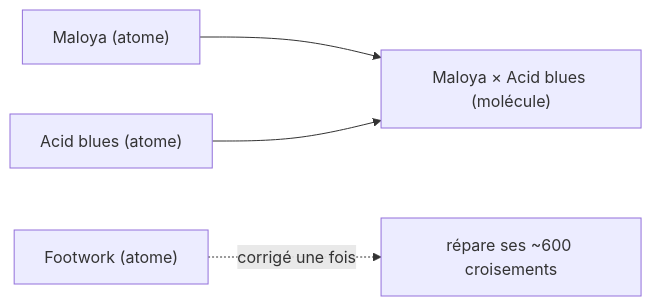
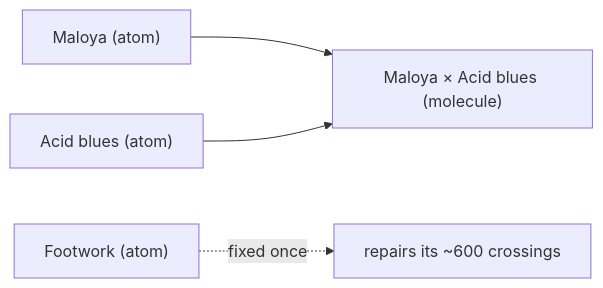
One commit to trivoallan/le-malentendu changed the second of 5 diagrams in process/exemples-et-schemas.md. Above: the diagram before and after it, drawn with Mermaid. The commit also changed other lines of this file and 12 other files, not shown here.

````diff
--- a/process/exemples-et-schemas.md
+++ b/process/exemples-et-schemas.md
@@ -28,6 +31,6 @@
 ```mermaid
 flowchart LR
-  g1["Maloya (atome)"] --> F["Maloya × Acid blues (molécule)"]
-  g2["Acid blues (atome)"] --> F
-  g3["Footwork (atome)"] -. "corrigé une fois" .-> T["répare ses ~600 croisements"]
+  g1["Maloya (atom)"] --> F["Maloya × Acid blues (molecule)"]
+  g2["Acid blues (atom)"] --> F
+  g3["Footwork (atom)"] -. "fixed once" .-> T["repairs its ~600 crossings"]
 ```
````
